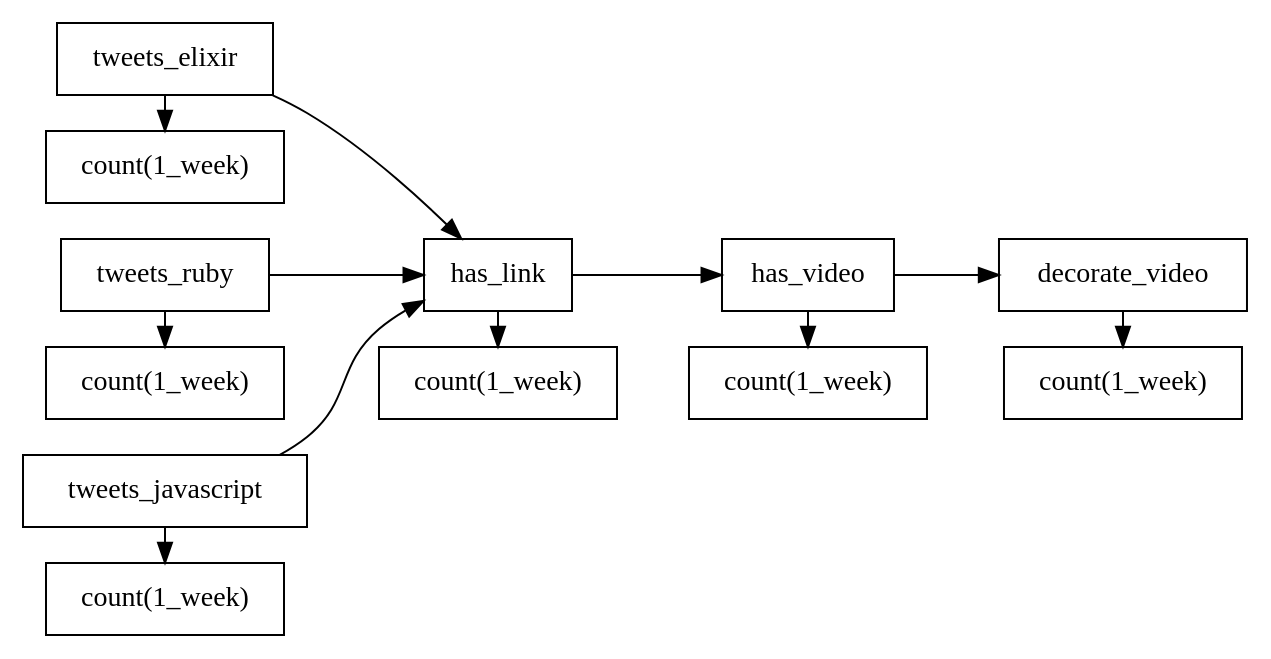
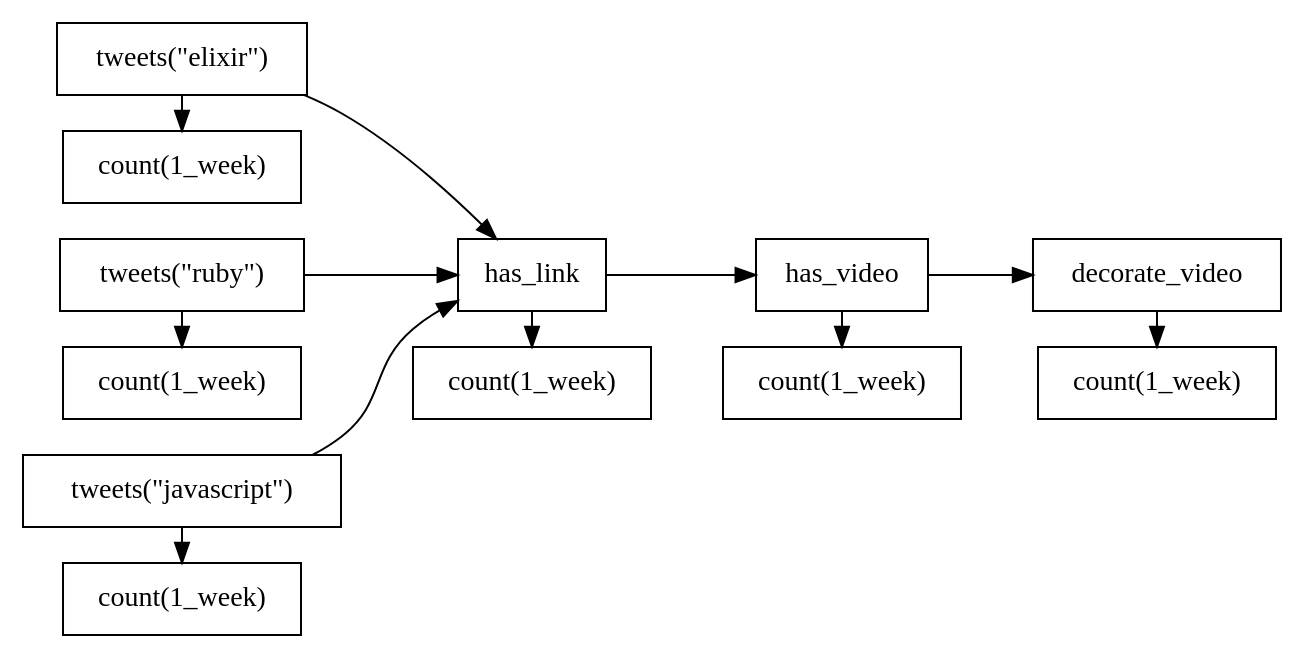
One commit to knewter/probably_worth_watching.ex changed the diagram in probably_worth_watching.dot. Above: the diagram before and after it, drawn with Graphviz. The commit also changed 1 other file, not shown here.

Commit message:
Update tweets label in dot

```diff
--- a/probably_worth_watching.dot
+++ b/probably_worth_watching.dot
@@ -1,51 +1,54 @@
 digraph probably_worth_watching {
   rankdir=LR;
   node [shape = box];
 
   tweets_elixir -> has_link;
   tweets_ruby -> has_link;
   tweets_javascript -> has_link;
   has_link -> has_video -> decorate_video;
 
   tweets_elixir -> count_7d_elixir;
   tweets_ruby -> count_7d_ruby;
   tweets_javascript -> count_7d_javascript;
   has_link -> count_7d_has_link;
   has_video -> count_7d_has_video;
   decorate_video -> count_7d_decorate_video;
 
+  tweets_elixir [label="tweets(\"elixir\")"];
+  tweets_ruby [label="tweets(\"ruby\")"];
+  tweets_javascript [label="tweets(\"javascript\")"];
   count_7d_elixir [label="count(1_week)"];
   count_7d_ruby [label="count(1_week)"];
   count_7d_javascript [label="count(1_week)"];
   count_7d_has_link [label="count(1_week)"];
   count_7d_has_video [label="count(1_week)"];
   count_7d_decorate_video [label="count(1_week)"];
 
   {
     rank = same;
     tweets_elixir;
     tweets_ruby;
     tweets_javascript;
     count_7d_elixir;
     count_7d_ruby;
     count_7d_javascript;
   }
 
   {
     rank = same;
     has_link;
     count_7d_has_link;
   }
 
   {
     rank = same;
     has_video;
     count_7d_has_video;
   }
 
   {
     rank = same;
     decorate_video;
     count_7d_decorate_video;
   }
 }
```
